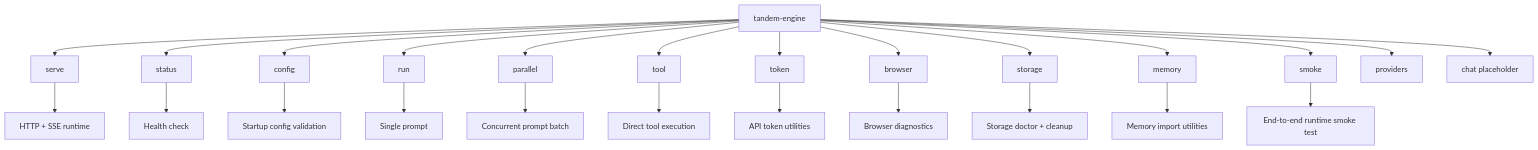
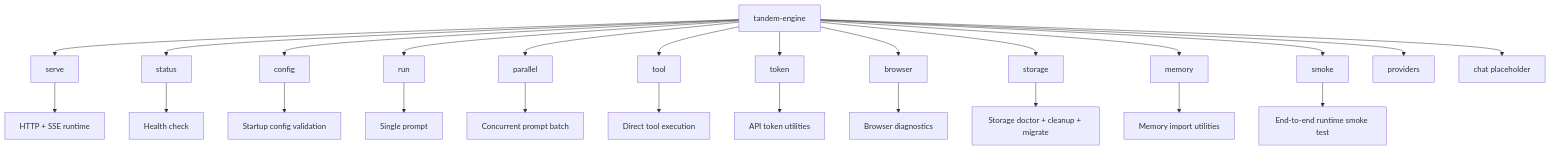
One commit to frumu-ai/tandem changed the diagram in guide/src/content/docs/reference/engine-commands.md. Above: the diagram before and after it, drawn with Mermaid. The commit also changed other lines of this file and 16 other files, not shown here.

````diff
--- a/guide/src/content/docs/reference/engine-commands.md
+++ b/guide/src/content/docs/reference/engine-commands.md
@@ -9,28 +9,28 @@
 ```mermaid
 flowchart TD
   ROOT[tandem-engine] --> SERVE[serve]
   ROOT --> STATUS[status]
   ROOT --> CONFIG[config]
   ROOT --> RUN[run]
   ROOT --> PAR[parallel]
   ROOT --> TOOL[tool]
   ROOT --> TOKEN[token]
   ROOT --> BROWSER[browser]
   ROOT --> STORAGE[storage]
   ROOT --> MEMORY[memory]
   ROOT --> SMOKE[smoke]
   ROOT --> PROV[providers]
   ROOT --> CHAT[chat placeholder]
 
   SERVE --> API[HTTP + SSE runtime]
   STATUS --> HEALTH[Health check]
   CONFIG --> CFG[Startup config validation]
   RUN --> ONE[Single prompt]
   PAR --> MANY[Concurrent prompt batch]
   TOOL --> DIRECT[Direct tool execution]
   TOKEN --> AUTH[API token utilities]
   BROWSER --> DIAG[Browser diagnostics]
-  STORAGE --> CLEAN[Storage doctor + cleanup]
+  STORAGE --> CLEAN[Storage doctor + cleanup + migrate]
   MEMORY --> IMPORT[Memory import utilities]
   SMOKE --> E2E[End-to-end runtime smoke test]
 ```
````
